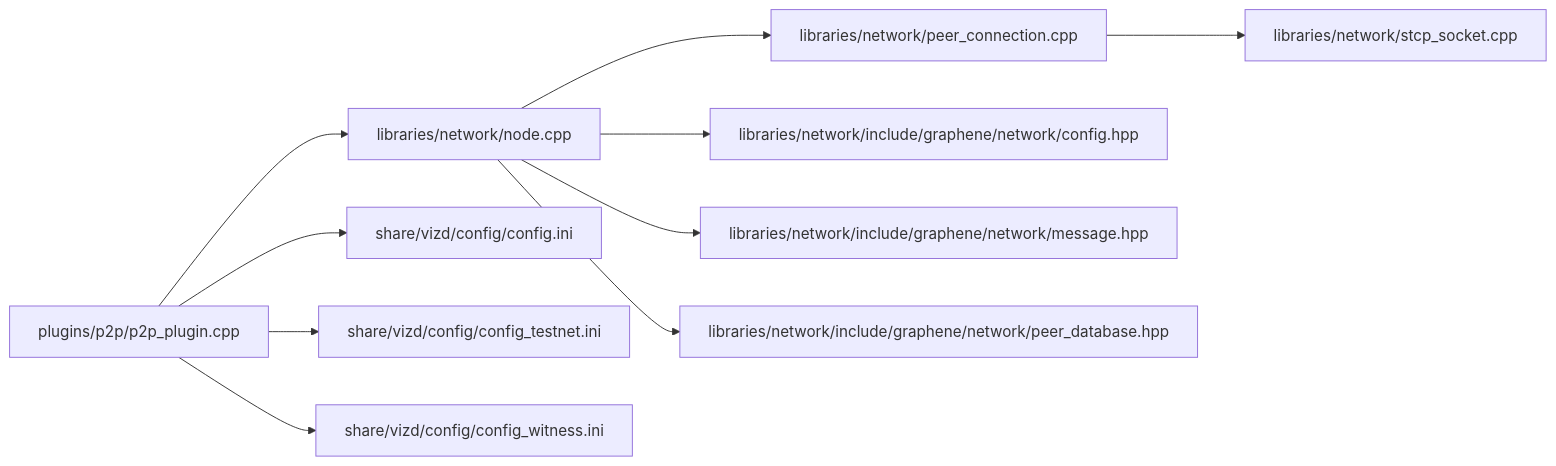
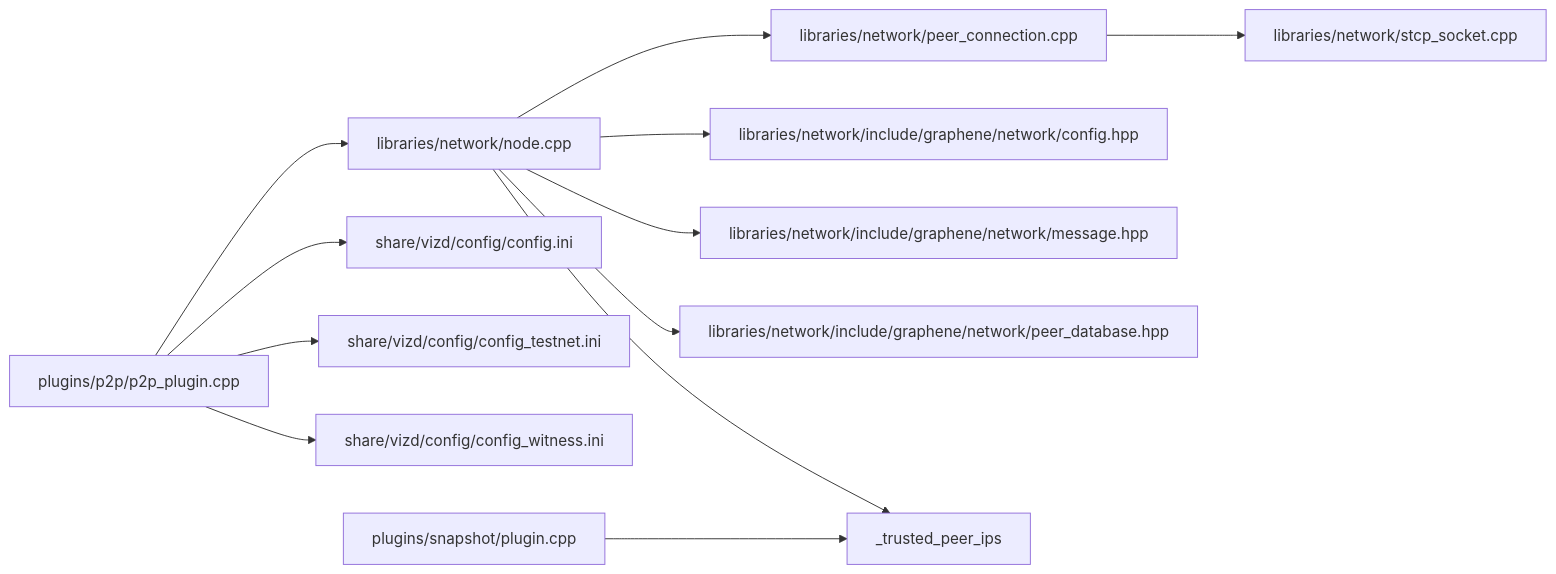
The eighth of 8 diagrams in .qoder/repowiki/en/content/Configuration Management/Network Configuration.md (VIZ-Blockchain/viz-cpp-node), drawn with Mermaid before and after one commit. The commit also changed other lines of this file and 4 other files, not shown here.

First line of the commit message:
docs(snapshot): update snapshot config with default dir and trusted peers

````diff
--- a/.qoder/repowiki/en/content/Configuration Management/Network Configuration.md
+++ b/.qoder/repowiki/en/content/Configuration Management/Network Configuration.md
@@ -382,12 +464,14 @@
 ```mermaid
 graph LR
 P2P["plugins/p2p/p2p_plugin.cpp"] --> N["libraries/network/node.cpp"]
 N --> PC["libraries/network/peer_connection.cpp"]
 PC --> STCP["libraries/network/stcp_socket.cpp"]
 N --> CFG["libraries/network/include/graphene/network/config.hpp"]
 N --> MSG["libraries/network/include/graphene/network/message.hpp"]
 N --> PDB["libraries/network/include/graphene/network/peer_database.hpp"]
 P2P --> C1["share/vizd/config/config.ini"]
 P2P --> C2["share/vizd/config/config_testnet.ini"]
 P2P --> C3["share/vizd/config/config_witness.ini"]
+Snapshot["plugins/snapshot/plugin.cpp"] --> TrustedPeers["_trusted_peer_ips"]
+N --> TrustedPeers
 ```
````
